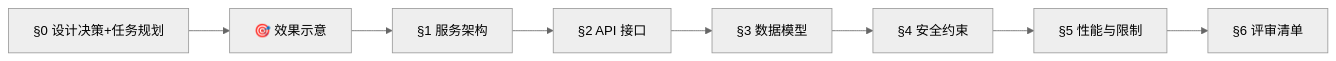
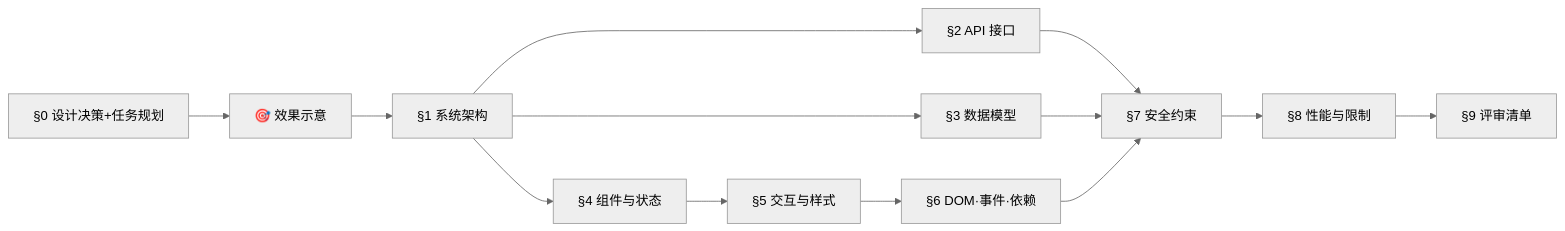
The sixth of 14 diagrams in skills/rui/formulas.md (effiy/YrY), drawn with Mermaid (neutral theme) before and after one commit. The commit also changed other lines of this file and 90 other files, not shown here.

````diff
--- a/skills/rui/formulas.md
+++ b/skills/rui/formulas.md
@@ -376,10 +379,13 @@
 ```mermaid
 flowchart LR
     S0["§0 设计决策+任务规划"] --> SE["🎯 效果示意"]
-    SE --> S1["§1 服务架构"]
+    SE --> S1["§1 系统架构"]
     S1 --> S2["§2 API 接口"]
-    S2 --> S3["§3 数据模型"]
-    S3 --> S4["§4 安全约束"]
-    S4 --> S5["§5 性能与限制"]
-    S5 --> S6["§6 评审清单"]
+    S1 --> S3["§3 数据模型"]
+    S1 --> S4["§4 组件与状态"]
+    S4 --> S5["§5 交互与样式"]
+    S5 --> S6["§6 DOM·事件·依赖"]
+    S2 & S3 & S6 --> S7["§7 安全约束"]
+    S7 --> S8["§8 性能与限制"]
+    S8 --> S9["§9 评审清单"]
 ```
````
